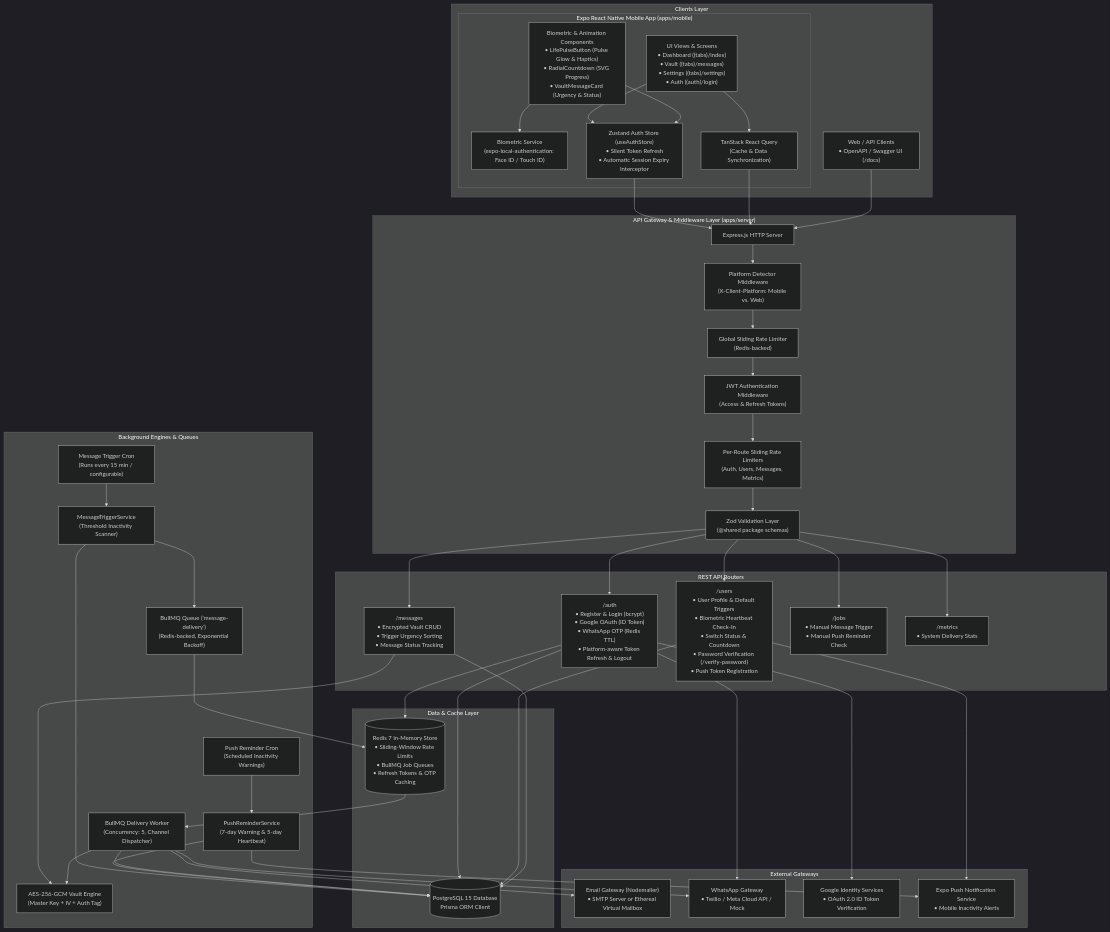
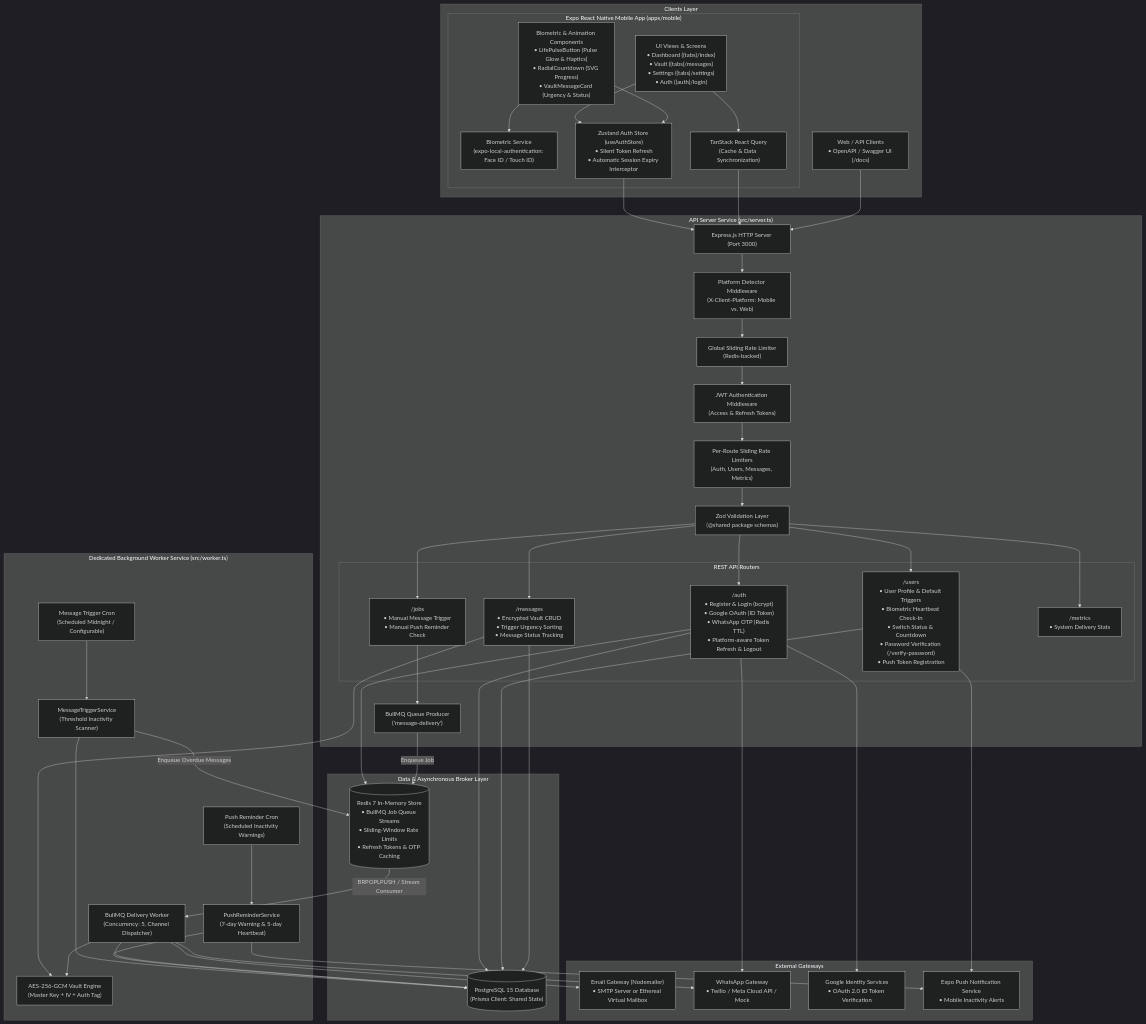
The first of 7 diagrams in codebase_diagrams.md (AryanSin/last-words-app), drawn with Mermaid (dark theme) before and after one commit. The commit also changed other lines of this file and 7 other files, not shown here.

```diff
--- a/codebase_diagrams.md
+++ b/codebase_diagrams.md
@@ -19,36 +19,37 @@
         WebClients["Web / API Clients<br/>• OpenAPI / Swagger UI (/docs)"]
     end
 
-    subgraph Gateway["API Gateway & Middleware Layer (apps/server)"]
-        ExpressApp["Express.js HTTP Server"]
+    subgraph APIService["API Server Service (src/server.ts)"]
+        ExpressApp["Express.js HTTP Server (Port 3000)"]
         PlatformDetector["Platform Detector Middleware<br/>(X-Client-Platform: Mobile vs. Web)"]
         GlobalLimiter["Global Sliding Rate Limiter<br/>(Redis-backed)"]
         AuthMiddleware["JWT Authentication Middleware<br/>(Access & Refresh Tokens)"]
         RouteRateLimiter["Per-Route Sliding Rate Limiters<br/>(Auth, Users, Messages, Metrics)"]
         ValidationMiddleware["Zod Validation Layer<br/>(@shared package schemas)"]
+
+        subgraph Routes["REST API Routers"]
+            AuthRouter["/auth<br/>• Register & Login (bcrypt)<br/>• Google OAuth (ID Token)<br/>• WhatsApp OTP (Redis TTL)<br/>• Platform-aware Token Refresh & Logout"]
+            UserRouter["/users<br/>• User Profile & Default Triggers<br/>• Biometric Heartbeat Check-In<br/>• Switch Status & Countdown<br/>• Password Verification (/verify-password)<br/>• Push Token Registration"]
+            MessageRouter["/messages<br/>• Encrypted Vault CRUD<br/>• Trigger Urgency Sorting<br/>• Message Status Tracking"]
+            JobRouter["/jobs<br/>• Manual Message Trigger<br/>• Manual Push Reminder Check"]
+            MetricRouter["/metrics<br/>• System Delivery Stats"]
+        end
+        
+        QueueProducer["BullMQ Queue Producer<br/>('message-delivery')"]
     end
 
-    subgraph Routes["REST API Routers"]
-        AuthRouter["/auth<br/>• Register & Login (bcrypt)<br/>• Google OAuth (ID Token)<br/>• WhatsApp OTP (Redis TTL)<br/>• Platform-aware Token Refresh & Logout"]
-        UserRouter["/users<br/>• User Profile & Default Triggers<br/>• Biometric Heartbeat Check-In<br/>• Switch Status & Countdown<br/>• Password Verification (/verify-password)<br/>• Push Token Registration"]
-        MessageRouter["/messages<br/>• Encrypted Vault CRUD<br/>• Trigger Urgency Sorting<br/>• Message Status Tracking"]
-        JobRouter["/jobs<br/>• Manual Message Trigger<br/>• Manual Push Reminder Check"]
-        MetricRouter["/metrics<br/>• System Delivery Stats"]
-    end
-
-    subgraph BackgroundServices["Background Engines & Queues"]
-        MessageCron["Message Trigger Cron<br/>(Runs every 15 min / configurable)"]
+    subgraph WorkerService["Dedicated Background Worker Service (src/worker.ts)"]
+        MessageCron["Message Trigger Cron<br/>(Scheduled Midnight / Configurable)"]
         ReminderCron["Push Reminder Cron<br/>(Scheduled Inactivity Warnings)"]
         TriggerService["MessageTriggerService<br/>(Threshold Inactivity Scanner)"]
         ReminderService["PushReminderService<br/>(7-day Warning & 5-day Heartbeat)"]
-        BullQueue["BullMQ Queue ('message-delivery')<br/>(Redis-backed, Exponential Backoff)"]
         Worker["BullMQ Delivery Worker<br/>(Concurrency: 5, Channel Dispatcher)"]
         CryptoEngine["AES-256-GCM Vault Engine<br/>(Master Key + IV + Auth Tag)"]
     end
 
-    subgraph DataStore["Data & Cache Layer"]
-        PostgresDB[("PostgreSQL 15 Database<br/>Prisma ORM Client")]
-        RedisDB[("Redis 7 In-Memory Store<br/>• Sliding-Window Rate Limits<br/>• BullMQ Job Queues<br/>• Refresh Tokens & OTP Caching")]
+    subgraph DataStore["Data & Asynchronous Broker Layer"]
+        PostgresDB[("PostgreSQL 15 Database<br/>(Prisma Client: Shared State)")]
+        RedisDB[("Redis 7 In-Memory Store<br/>• BullMQ Job Queue Streams<br/>• Sliding-Window Rate Limits<br/>• Refresh Tokens & OTP Caching")]
     end
 
     subgraph ExternalIntegrations["External Gateways"]
@@ -93,17 +94,19 @@
     MessageRouter --> PostgresDB
     MessageRouter --> CryptoEngine
 
-    %% Background & Queues
+    JobRouter --> QueueProducer
+    QueueProducer -->|Enqueue Job| RedisDB
+
+    %% Dedicated Background Worker Service flows
     MessageCron --> TriggerService
     ReminderCron --> ReminderService
 
     TriggerService --> PostgresDB
-    TriggerService --> BullQueue
+    TriggerService -->|Enqueue Overdue Messages| RedisDB
     ReminderService --> PostgresDB
     ReminderService --> ExpoPushService
 
-    BullQueue --> RedisDB
-    RedisDB --> Worker
+    RedisDB -->|BRPOPLPUSH / Stream Consumer| Worker
     Worker --> CryptoEngine
     Worker --> PostgresDB
     Worker --> EmailService
```
